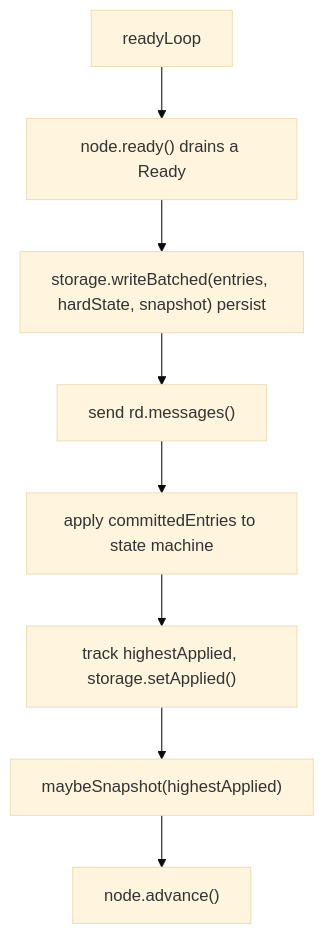
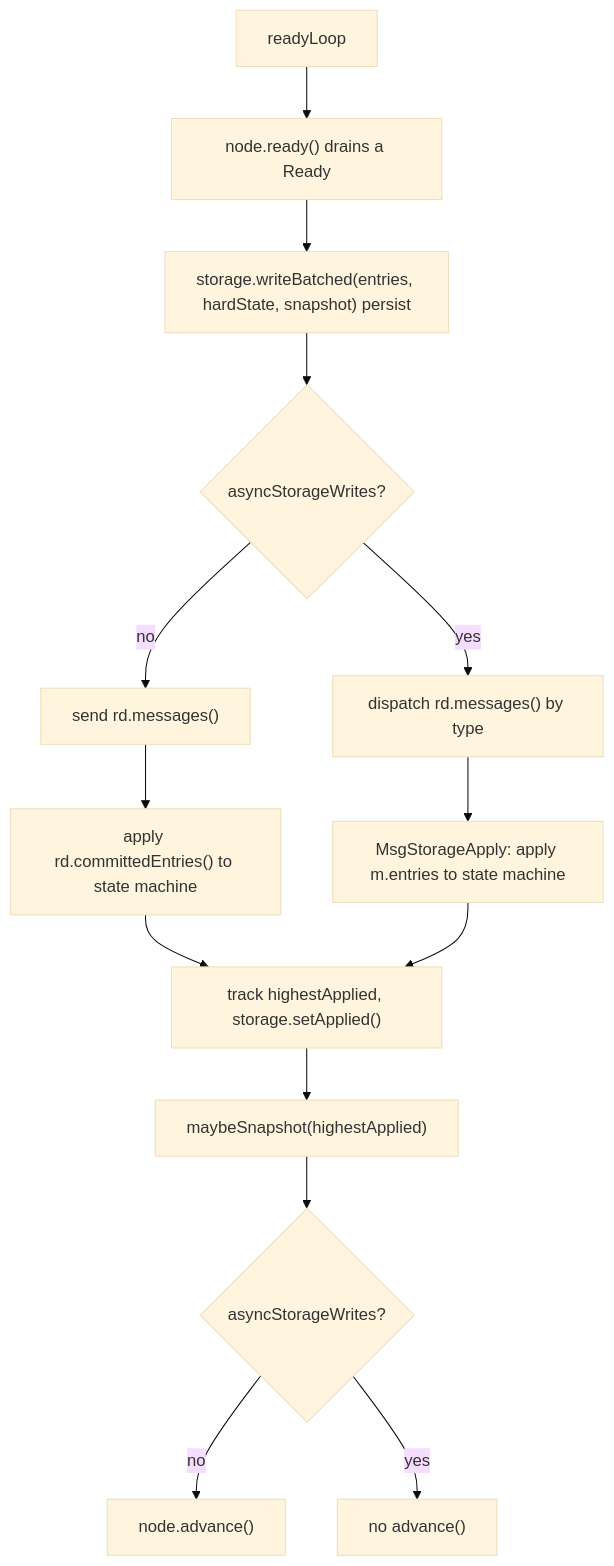
One commit to JoeCqupt/x-raft-lib changed the first of 4 diagrams in docs/snapshot-flow.md. Above: the diagram before and after it, drawn with Mermaid (base theme). The commit also changed other lines of this file and 14 other files, not shown here.

First line of the commit message:
feat(examples): add async storage writes with three-thread model and docs

````diff
--- a/docs/snapshot-flow.md
+++ b/docs/snapshot-flow.md
@@ -49,10 +49,16 @@
 ```mermaid
 flowchart TD
     A["readyLoop"] --> B["node.ready() drains a Ready"]
     B --> C["storage.writeBatched(entries, hardState, snapshot) persist"]
-    C --> D["send rd.messages()"]
-    D --> E["apply committedEntries to state machine"]
-    E --> F["track highestApplied, storage.setApplied()"]
+    C --> D{"asyncStorageWrites?"}
+    D -- no --> E1["send rd.messages()"]
+    E1 --> E2["apply rd.committedEntries() to state machine"]
+    E2 --> F
+    D -- yes --> E3["dispatch rd.messages() by type"]
+    E3 --> E4["MsgStorageApply: apply m.entries to state machine"]
+    E4 --> F["track highestApplied, storage.setApplied()"]
     F --> G["maybeSnapshot(highestApplied)"]
-    G --> H["node.advance()"]
+    G --> H{"asyncStorageWrites?"}
+    H -- no --> I["node.advance()"]
+    H -- yes --> J["no advance()"]
 ```
````
